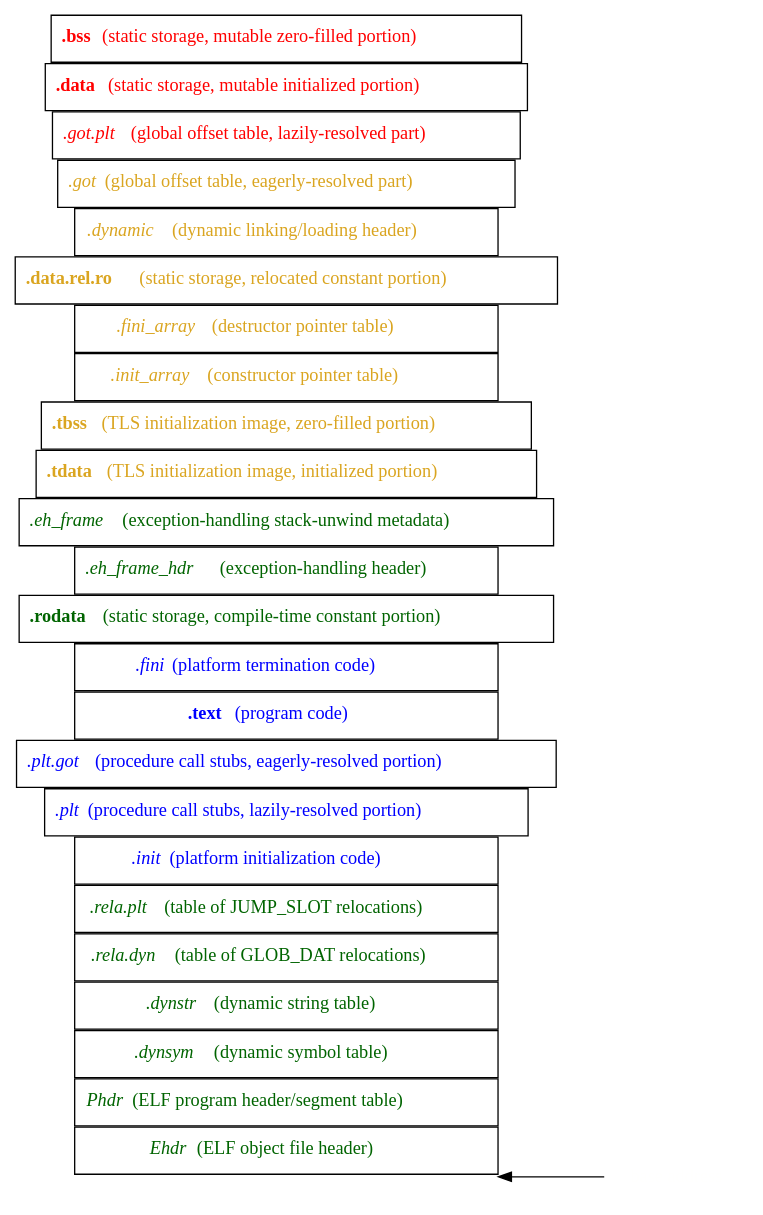
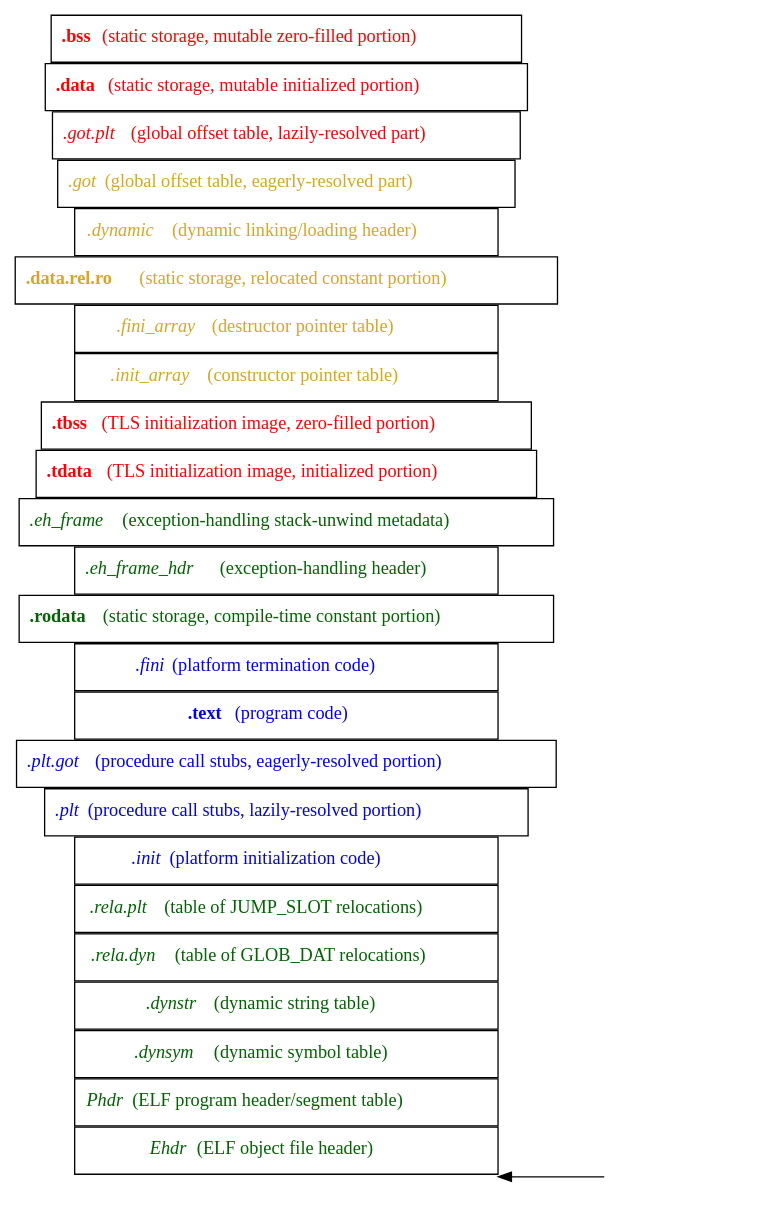
Before and after one commit to solb/thesis: the diagram in figs/procimg_perobj.dot, drawn with Graphviz.

Commit message:
figs/procimg_perobj.dot: Fix color of .tdata and .tbss sections, which are writeable

```diff
--- a/figs/procimg_perobj.dot
+++ b/figs/procimg_perobj.dot
@@ -1,36 +1,36 @@
 strict digraph {
 	nodesep=0;
 	rankdir=LR;
 	node [fontcolor=darkgreen];
 	node [shape=box];
 	node [width=4.5];
 
 	zero [shape=none, height=0, label=""];
 	ehdr [label=<<i>Ehdr</i> (ELF object file header)>];
 	phdr [label=<<i>Phdr</i> (ELF program header/segment table)>];
 	dynsym [label=<<i>.dynsym</i> (dynamic symbol table)>];
 	dynstr [label=<<i>.dynstr</i> (dynamic string table)>];
 	reladyn [label=<<i>.rela.dyn</i> (table of GLOB_DAT relocations)>];
 	relaplt [label=<<i>.rela.plt</i> (table of JUMP_SLOT relocations)>]; 
 	init [label=<<i>.init</i> (platform initialization code)>, fontcolor=blue];
 	plt [label=<<i>.plt</i> (procedure call stubs, lazily-resolved portion)>, fontcolor=blue];
 	pltgot [label=<<i>.plt.got</i> (procedure call stubs, eagerly-resolved portion)>, fontcolor=blue];
 	text [label=<<b>.text</b> (program code)>, fontcolor=blue];
 	fini [label=<<i>.fini</i> (platform termination code)>, fontcolor=blue];
 	rodata [label=<<b>.rodata</b> (static storage, compile-time constant portion)>];
 	eh_frame_hdr [label=<<i>.eh_frame_hdr</i> (exception-handling header)>];
 	eh_frame [label=<<i>.eh_frame</i> (exception-handling stack-unwind metadata)>];
-	tdata [label=<<b>.tdata</b> (TLS initialization image, initialized portion)>, fontcolor=goldenrod];
-	tbss [label=<<b>.tbss</b> (TLS initialization image, zero-filled portion)>, fontcolor=goldenrod];
+	tdata [label=<<b>.tdata</b> (TLS initialization image, initialized portion)>, fontcolor=red];
+	tbss [label=<<b>.tbss</b> (TLS initialization image, zero-filled portion)>, fontcolor=red];
 	init_array [label=<<i>.init_array</i> (constructor pointer table)>, fontcolor=goldenrod];
 	fini_array [label=<<i>.fini_array</i> (destructor pointer table)>, fontcolor=goldenrod];
 	datarelro [label=<<b>.data.rel.ro</b> (static storage, relocated constant portion)>, fontcolor=goldenrod];
 	dynamic [label=<<i>.dynamic</i> (dynamic linking/loading header)>, fontcolor=goldenrod];
 	got [label=<<i>.got</i> (global offset table, eagerly-resolved part)>, fontcolor=goldenrod];
 	gotplt [label=<<i>.got.plt</i> (global offset table, lazily-resolved part)>, fontcolor=red];
 	data [label=<<b>.data</b> (static storage, mutable initialized portion)>, fontcolor=red];
 	bss [label=<<b>.bss</b> (static storage, mutable zero-filled portion)>, fontcolor=red];
 
 	0 [shape=none, width=default, label="base address", fontcolor=none];
 	zero -> 0 [dir=back];
 }
```
